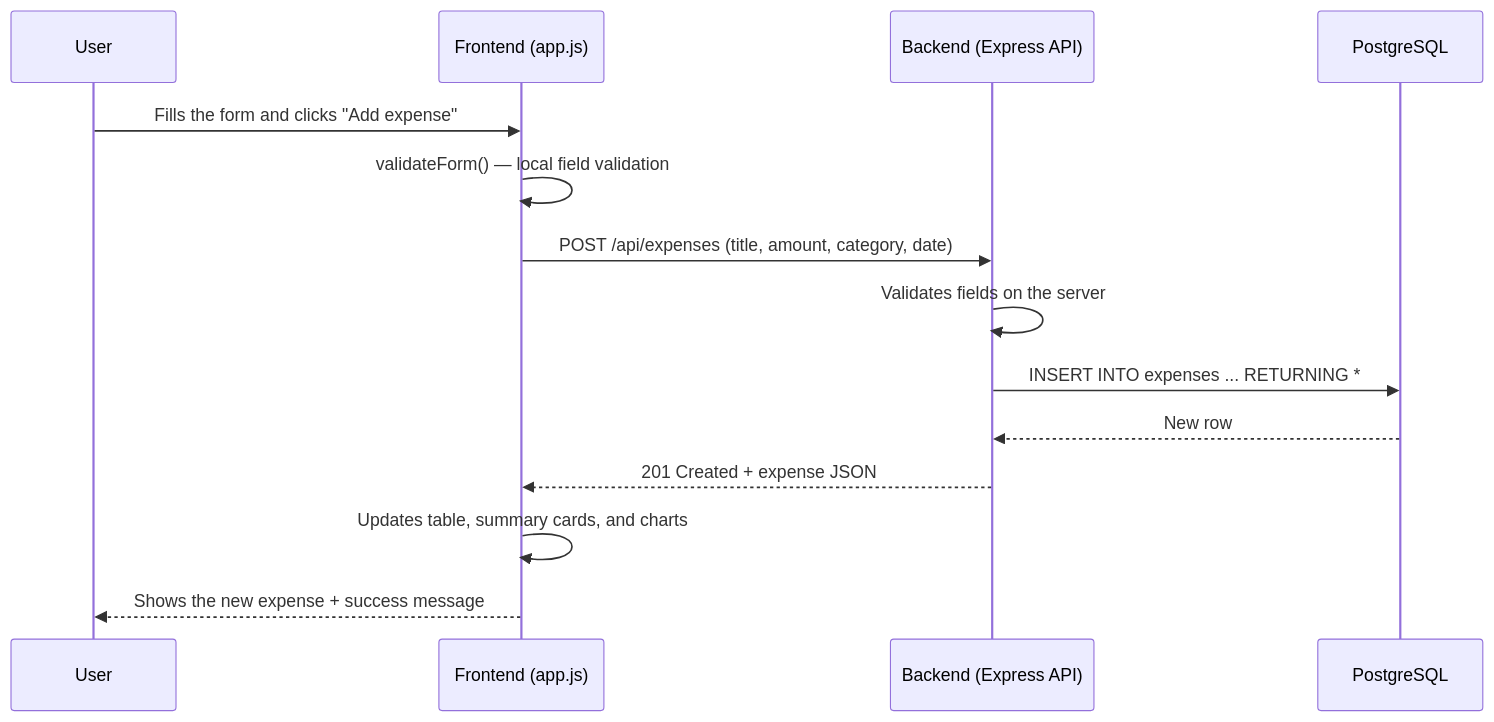
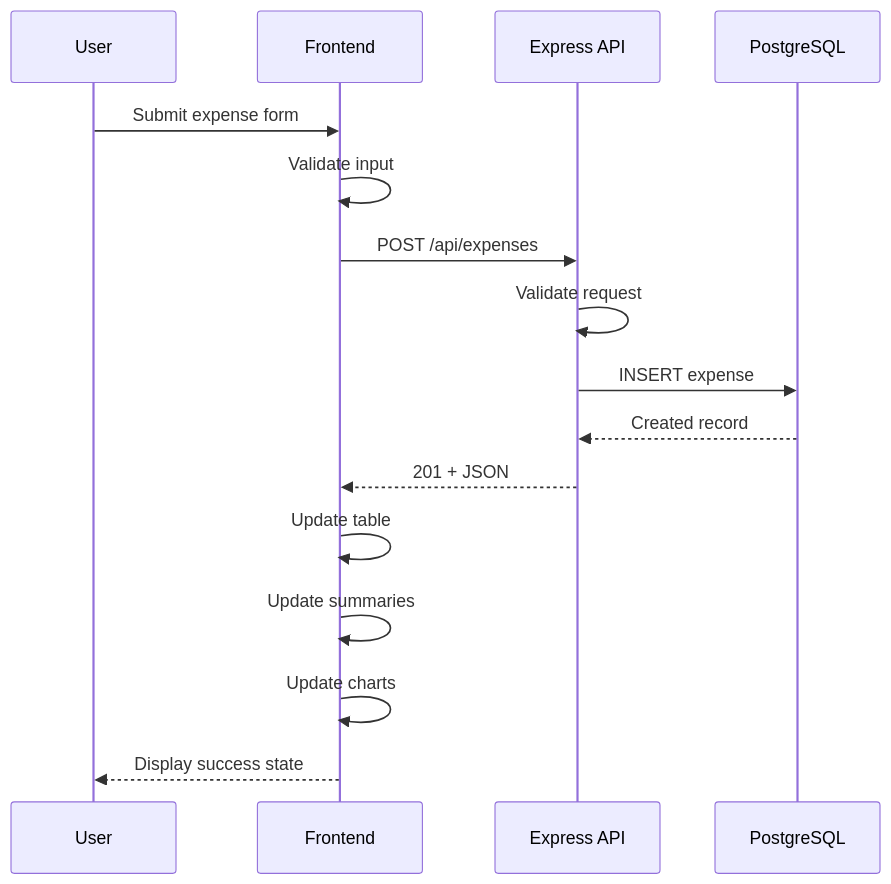
Before and after one commit to Mohammadshaqboua/Expense-Tracker: the third of 3 diagrams in README.md, drawn with Mermaid. The commit also changed other lines of this file, not shown here.

````diff
--- a/README.md
+++ b/README.md
@@ -81,17 +332,19 @@
 ```mermaid
 sequenceDiagram
     participant U as User
-    participant F as Frontend (app.js)
-    participant A as Backend (Express API)
+    participant F as Frontend
+    participant A as Express API
     participant D as PostgreSQL
 
-    U->>F: Fills the form and clicks "Add expense"
-    F->>F: validateForm() — local field validation
-    F->>A: POST /api/expenses (title, amount, category, date)
-    A->>A: Validates fields on the server
-    A->>D: INSERT INTO expenses ... RETURNING *
-    D-->>A: New row
-    A-->>F: 201 Created + expense JSON
-    F->>F: Updates table, summary cards, and charts
-    F-->>U: Shows the new expense + success message
+    U->>F: Submit expense form
+    F->>F: Validate input
+    F->>A: POST /api/expenses
+    A->>A: Validate request
+    A->>D: INSERT expense
+    D-->>A: Created record
+    A-->>F: 201 + JSON
+    F->>F: Update table
+    F->>F: Update summaries
+    F->>F: Update charts
+    F-->>U: Display success state
 ```
````
